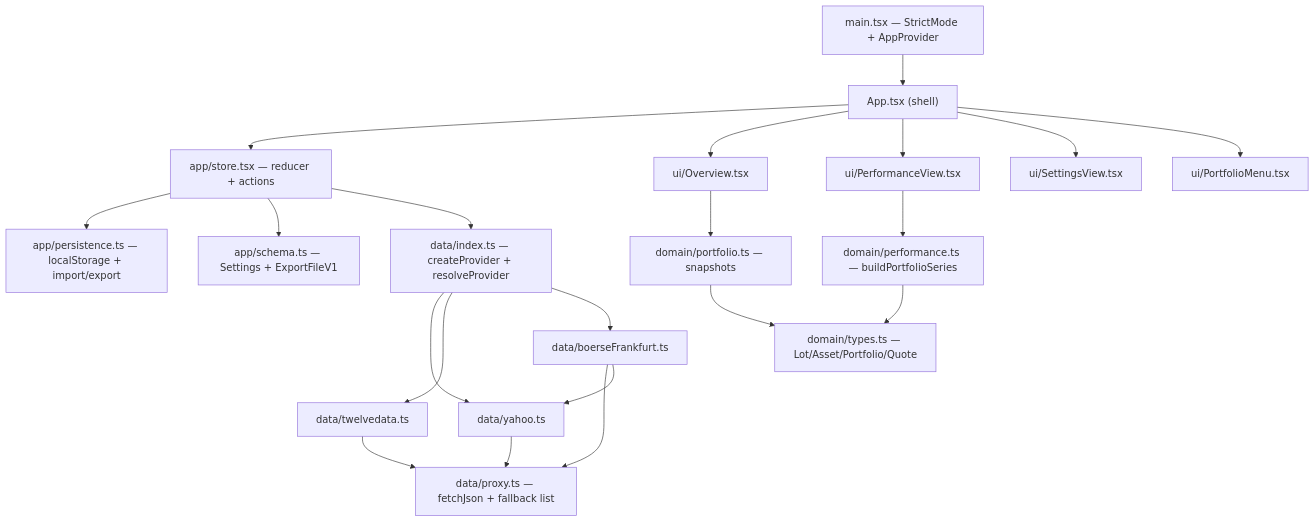
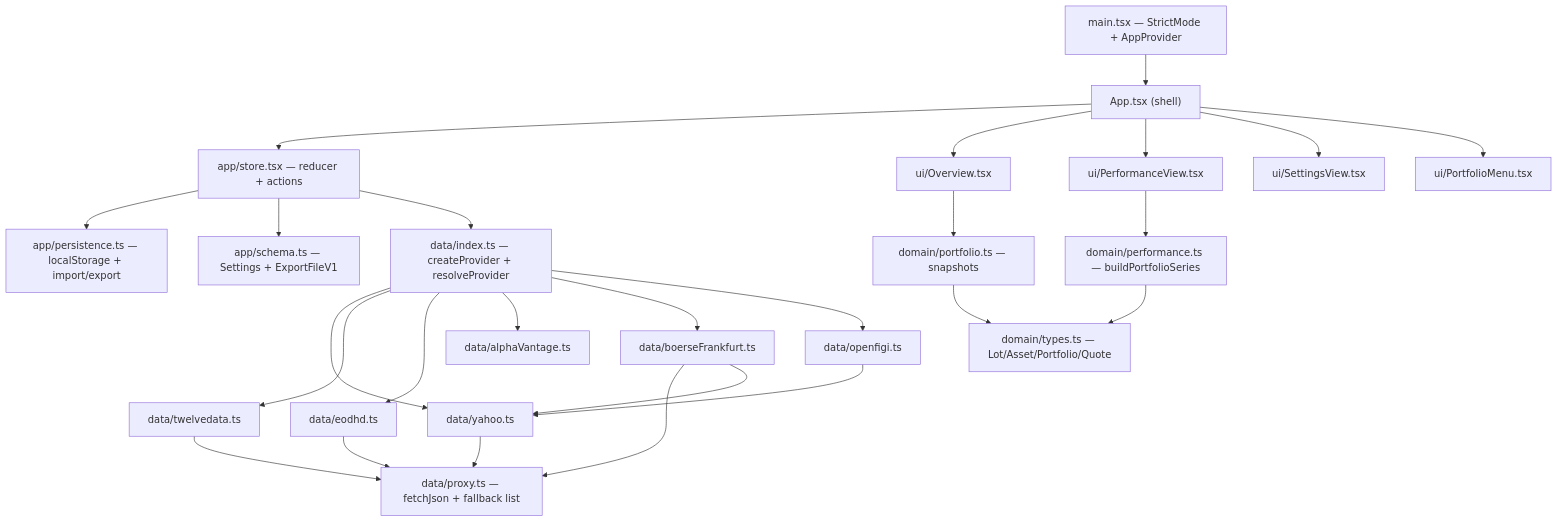
One commit to Gram21/fundle changed the diagram in openwiki/quickstart.md. Above: the diagram before and after it, drawn with Mermaid. The commit also changed other lines of this file and 16 other files, not shown here.

````diff
--- a/openwiki/quickstart.md
+++ b/openwiki/quickstart.md
@@ -14,23 +14,28 @@
 ```mermaid
 flowchart TD
   Main["main.tsx — StrictMode + AppProvider"] --> App["App.tsx (shell)"]
   App --> Store["app/store.tsx — reducer + actions"]
   Store --> Persist["app/persistence.ts — localStorage + import/export"]
   Store --> Schema["app/schema.ts — Settings + ExportFileV1"]
   Store --> Data["data/index.ts — createProvider + resolveProvider"]
   Data --> Yahoo["data/yahoo.ts"]
   Data --> Twelve["data/twelvedata.ts"]
+  Data --> EODHD["data/eodhd.ts"]
+  Data --> AV["data/alphaVantage.ts"]
   Data --> BF["data/boerseFrankfurt.ts"]
+  Data --> Figi["data/openfigi.ts"]
   Yahoo --> Proxy["data/proxy.ts — fetchJson + fallback list"]
   Twelve --> Proxy
+  EODHD --> Proxy
   BF --> Proxy
   BF --> Yahoo
+  Figi --> Yahoo
   App --> Overview["ui/Overview.tsx"]
   App --> Perf["ui/PerformanceView.tsx"]
   App --> Settings["ui/SettingsView.tsx"]
   App --> Menu["ui/PortfolioMenu.tsx"]
   Overview --> Portfolio["domain/portfolio.ts — snapshots"]
   Perf --> Performance["domain/performance.ts — buildPortfolioSeries"]
   Portfolio --> Types["domain/types.ts — Lot/Asset/Portfolio/Quote"]
   Performance --> Types
 ```
````
